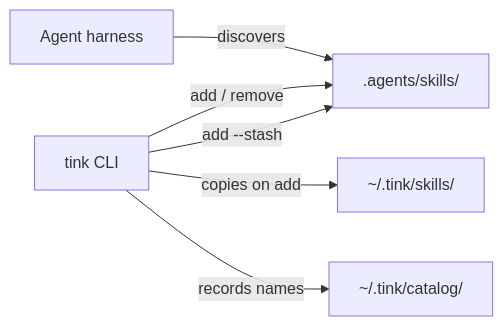
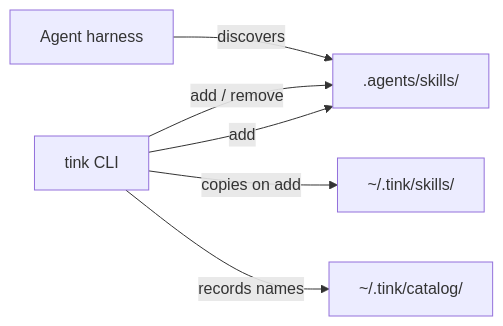
The diagram in README.md (jon-devlapaz/tink), drawn with Mermaid before and after one commit. The commit also changed other lines of this file and 7 other files, not shown here.

````diff
--- a/README.md
+++ b/README.md
@@ -77,14 +77,14 @@
 ```mermaid
 flowchart LR
   agent["Agent harness"]
   tink["tink CLI"]
   live[".agents/skills/"]
   stash["~/.tink/skills/"]
   catalog["~/.tink/catalog/"]
 
   agent -->|"discovers"| live
   tink -->|"add / remove"| live
   tink -->|"copies on add"| stash
   tink -->|"records names"| catalog
-  tink -->|"add --stash"| live
+  tink -->|"add <stash-name>"| live
 ```
````
